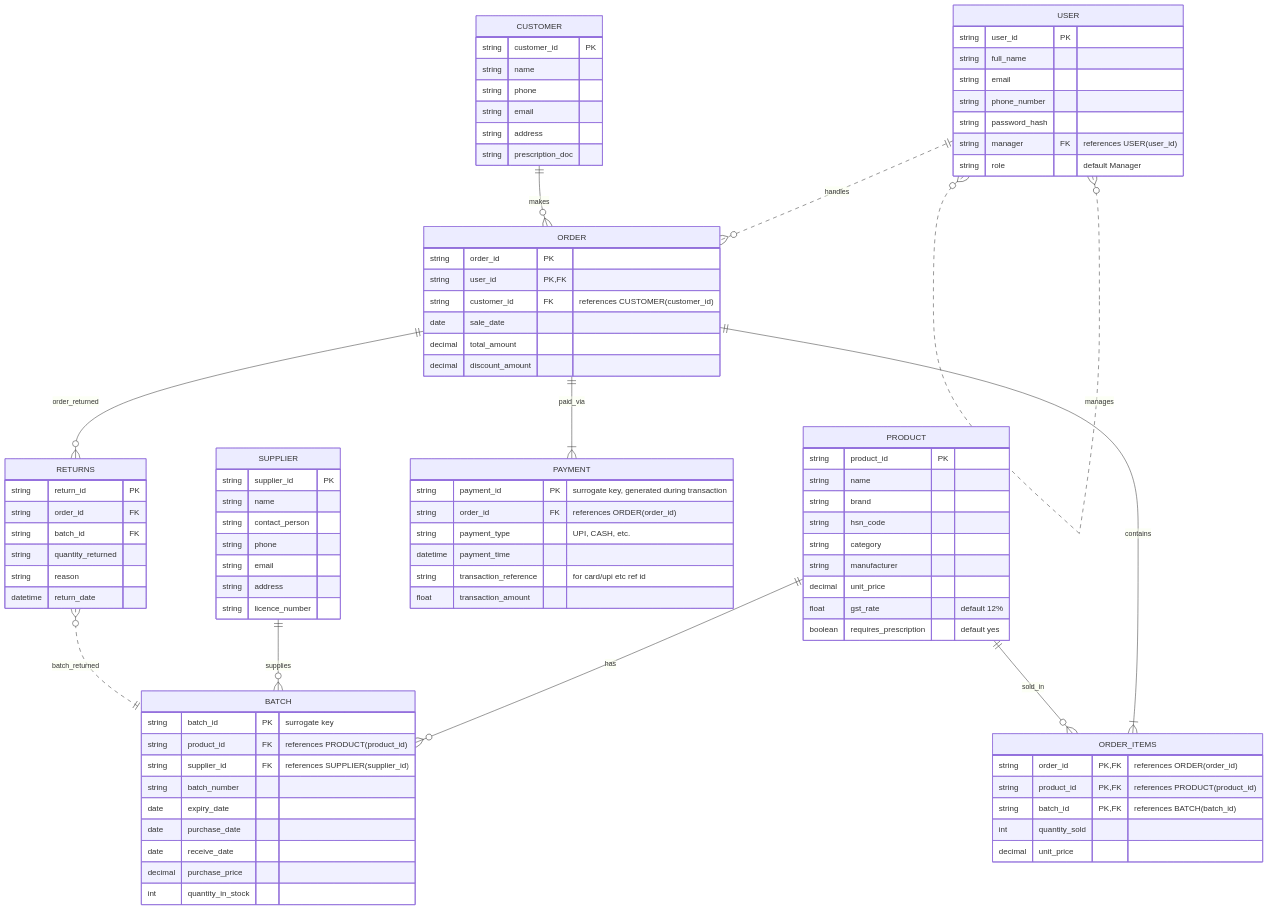
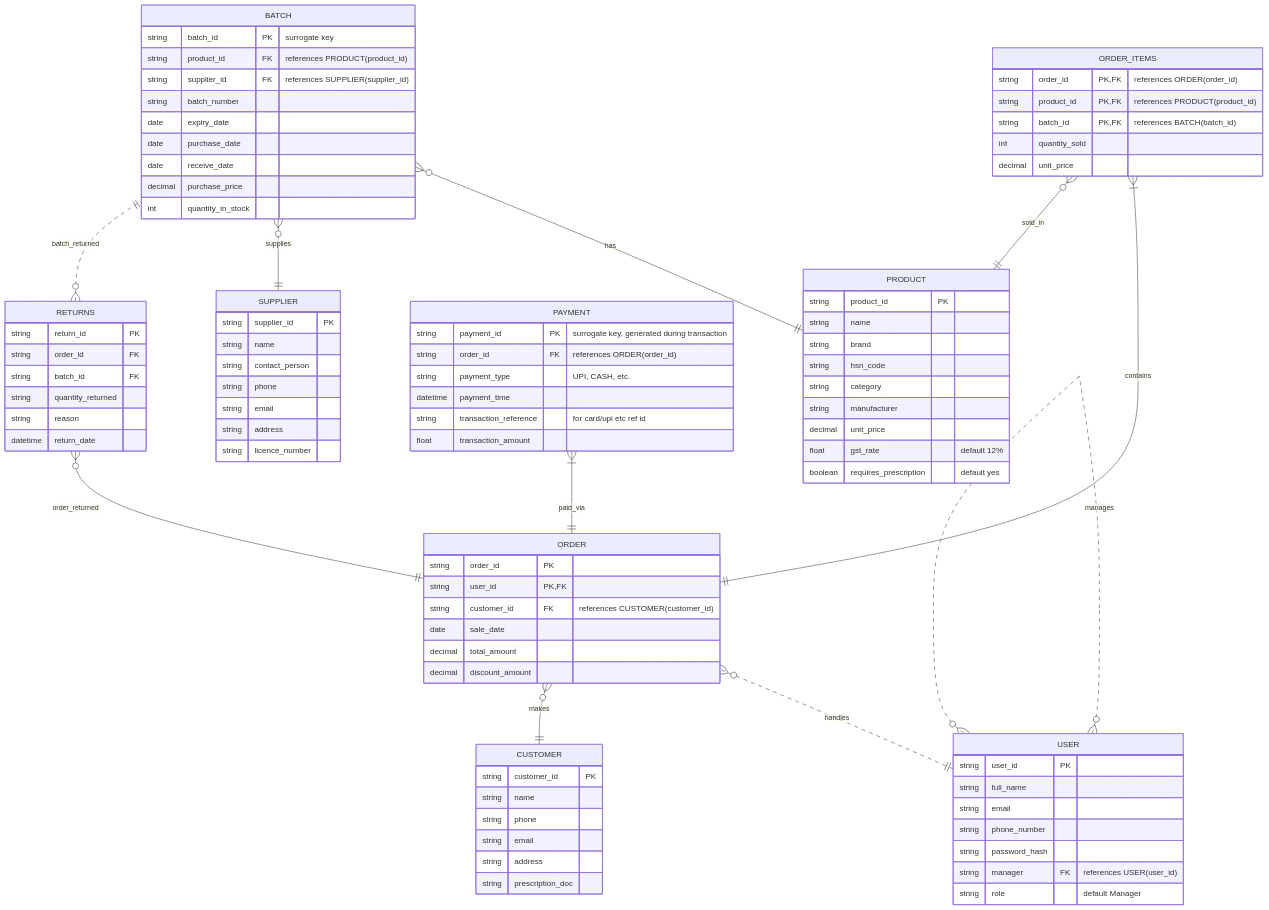
One commit to MET4L-DS/miniPharma changed the diagram in ER Diagram version 2.md. Above: the diagram before and after it, drawn with Mermaid.

Commit message:
Update ER Diagram version 2.md

````diff
--- a/ER Diagram version 2.md
+++ b/ER Diagram version 2.md
@@ -1,6 +1,6 @@
 ```mermaid
 erDiagram
-    direction TB
+    direction BT
     USER {
     string user_id PK
     string full_name
````
